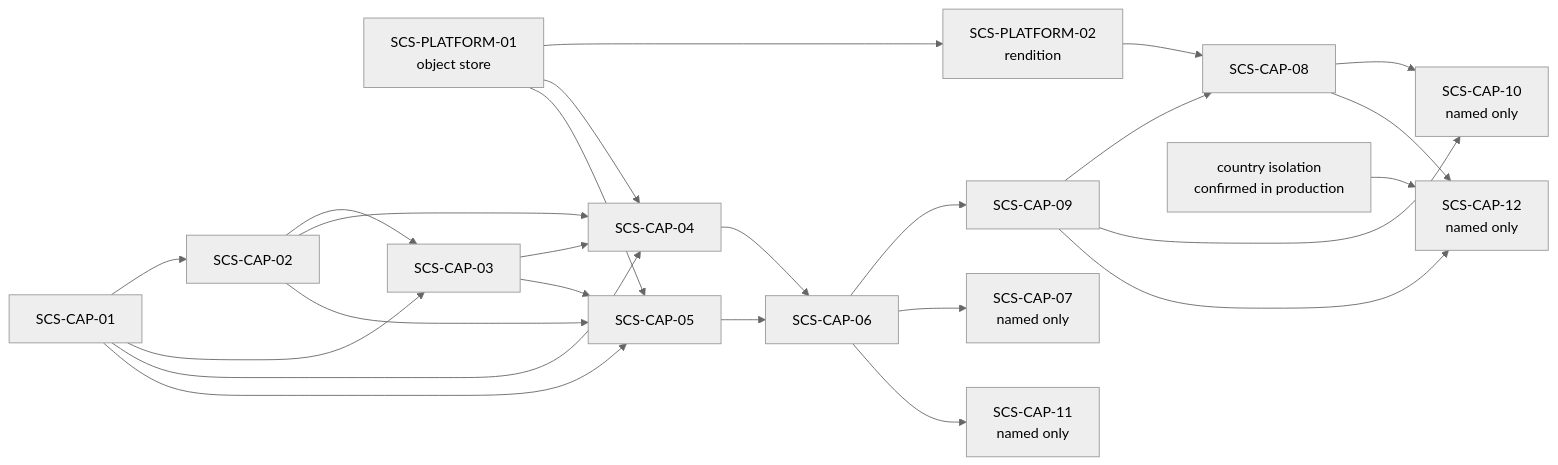
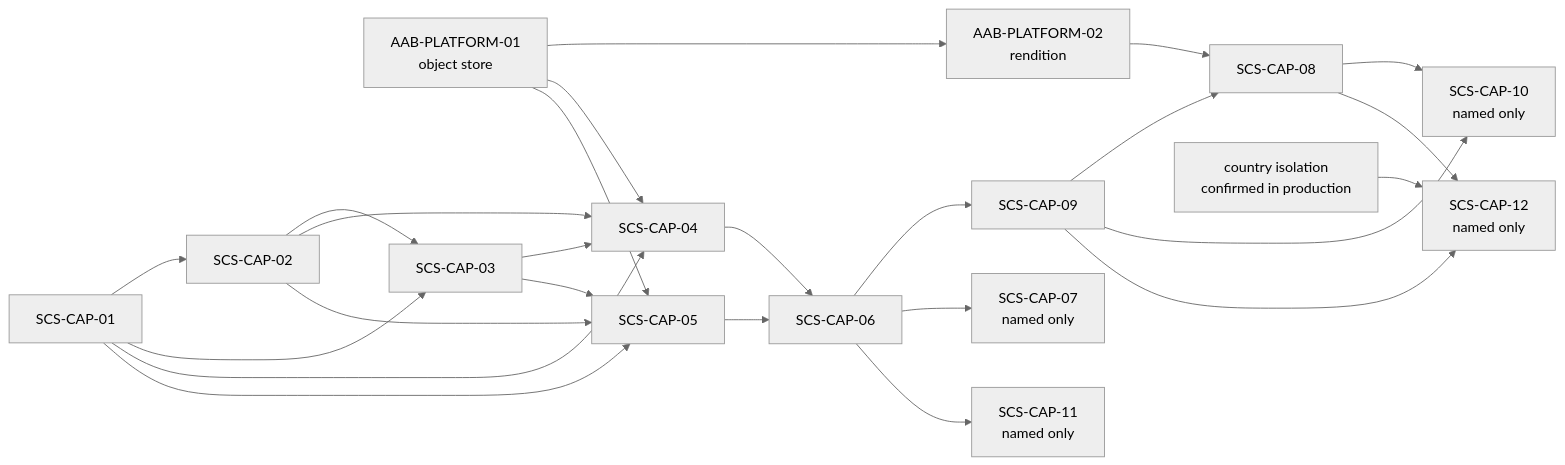
One commit to AdvancedAgricultureBiometrix/aab-source-of-truth changed the first of 3 diagrams in governance/AAB-PLATFORM-ROADMAP-2026-09-27.md. Above: the diagram before and after it, drawn with Mermaid (neutral theme). The commit also changed other lines of this file and 18 other files, not shown here.

First line of the commit message:
Rename SCS-PLATFORM-01/02 to AAB-PLATFORM-01/02: governance

````diff
--- a/governance/AAB-PLATFORM-ROADMAP-2026-09-27.md
+++ b/governance/AAB-PLATFORM-ROADMAP-2026-09-27.md
@@ -394,27 +395,27 @@
 ```mermaid
 flowchart LR
-  P1[SCS-PLATFORM-01<br/>object store] --> P2[SCS-PLATFORM-02<br/>rendition]
+  P1[AAB-PLATFORM-01<br/>object store] --> P2[AAB-PLATFORM-02<br/>rendition]
   C01[SCS-CAP-01] --> C02[SCS-CAP-02]
   C01 --> C03[SCS-CAP-03]
   C02 --> C03
   C01 --> C04[SCS-CAP-04]
   C02 --> C04
   C03 --> C04
   P1 --> C04
   C01 --> C05[SCS-CAP-05]
   C02 --> C05
   C03 --> C05
   P1 --> C05
   C04 --> C06[SCS-CAP-06]
   C05 --> C06
   C06 --> C09[SCS-CAP-09]
   C09 --> C08[SCS-CAP-08]
   P2 --> C08
   C06 --> C07[SCS-CAP-07<br/>named only]
   C06 --> C11[SCS-CAP-11<br/>named only]
   C08 --> C10[SCS-CAP-10<br/>named only]
   C09 --> C10
   C08 --> C12[SCS-CAP-12<br/>named only]
   C09 --> C12
   ISO[country isolation<br/>confirmed in production] --> C12
 ```
````
